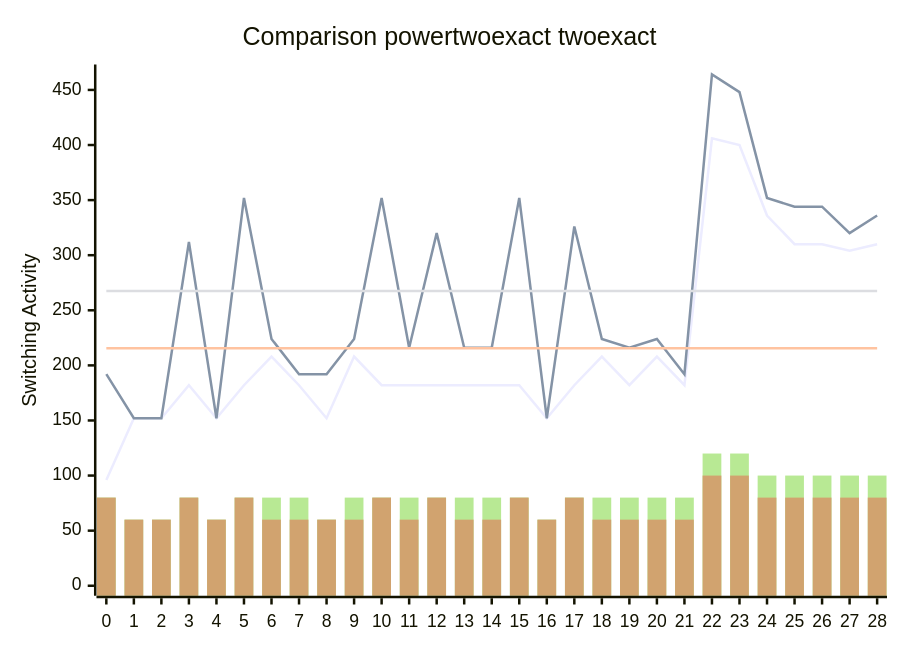
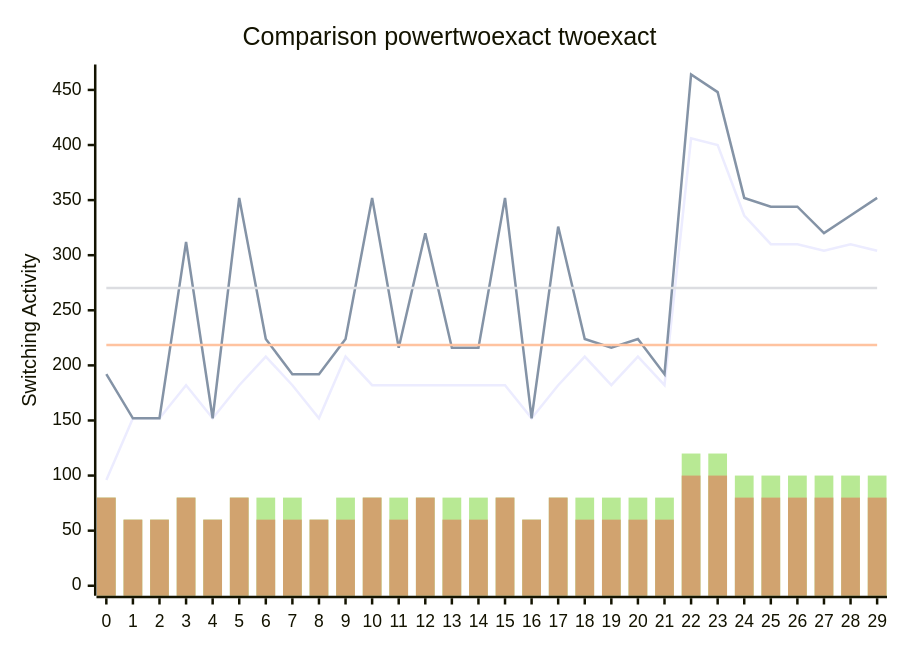
The diagram in benchmark.md (FeldmeierMichael/Exact-Power-Synthesis), drawn with Mermaid before and after one commit. The commit also changed other lines of this file and 2 other files, not shown here.

````diff
--- a/benchmark.md
+++ b/benchmark.md
@@ -59,12 +61,12 @@
 ```mermaid
 xychart-beta
     title "Comparison powertwoexact twoexact"
-    x-axis [0, 1, 2, 3, 4, 5, 6, 7, 8, 9, 10, 11, 12, 13, 14, 15, 16, 17, 18, 19, 20, 21, 22, 23, 24, 25, 26, 27, 28]
+    x-axis [0, 1, 2, 3, 4, 5, 6, 7, 8, 9, 10, 11, 12, 13, 14, 15, 16, 17, 18, 19, 20, 21, 22, 23, 24, 25, 26, 27, 28, 29]
     y-axis "Switching Activity" 0-->464
-    line [96, 152, 152, 182, 152, 182, 208, 182, 152, 208, 182, 182, 182, 182, 182, 182, 152, 182, 208, 182, 208, 182, 406, 400, 336, 310, 310, 304, 310]
-    line [192, 152, 152, 312, 152, 352, 224, 192, 192, 224, 352, 216, 320, 216, 216, 352, 152, 326, 224, 216, 224, 192, 464, 448, 352, 344, 344, 320, 336]
-    line [215.44827586206895, 215.44827586206895, 215.44827586206895, 215.44827586206895, 215.44827586206895, 215.44827586206895, 215.44827586206895, 215.44827586206895, 215.44827586206895, 215.44827586206895, 215.44827586206895, 215.44827586206895, 215.44827586206895, 215.44827586206895, 215.44827586206895, 215.44827586206895, 215.44827586206895, 215.44827586206895, 215.44827586206895, 215.44827586206895, 215.44827586206895, 215.44827586206895, 215.44827586206895, 215.44827586206895, 215.44827586206895, 215.44827586206895, 215.44827586206895, 215.44827586206895, 215.44827586206895]
-    line [267.51724137931035, 267.51724137931035, 267.51724137931035, 267.51724137931035, 267.51724137931035, 267.51724137931035, 267.51724137931035, 267.51724137931035, 267.51724137931035, 267.51724137931035, 267.51724137931035, 267.51724137931035, 267.51724137931035, 267.51724137931035, 267.51724137931035, 267.51724137931035, 267.51724137931035, 267.51724137931035, 267.51724137931035, 267.51724137931035, 267.51724137931035, 267.51724137931035, 267.51724137931035, 267.51724137931035, 267.51724137931035, 267.51724137931035, 267.51724137931035, 267.51724137931035, 267.51724137931035]
-    bar [80, 60, 60, 80, 60, 80, 80, 80, 60, 80, 80, 80, 80, 80, 80, 80, 60, 80, 80, 80, 80, 80, 120, 120, 100, 100, 100, 100, 100]
-    bar [80, 60, 60, 80, 60, 80, 60, 60, 60, 60, 80, 60, 80, 60, 60, 80, 60, 80, 60, 60, 60, 60, 100, 100, 80, 80, 80, 80, 80]
+    line [96, 152, 152, 182, 152, 182, 208, 182, 152, 208, 182, 182, 182, 182, 182, 182, 152, 182, 208, 182, 208, 182, 406, 400, 336, 310, 310, 304, 310, 304]
+    line [192, 152, 152, 312, 152, 352, 224, 192, 192, 224, 352, 216, 320, 216, 216, 352, 152, 326, 224, 216, 224, 192, 464, 448, 352, 344, 344, 320, 336, 352]
+    line [218.4, 218.4, 218.4, 218.4, 218.4, 218.4, 218.4, 218.4, 218.4, 218.4, 218.4, 218.4, 218.4, 218.4, 218.4, 218.4, 218.4, 218.4, 218.4, 218.4, 218.4, 218.4, 218.4, 218.4, 218.4, 218.4, 218.4, 218.4, 218.4, 218.4]
+    line [270.3333333333333, 270.3333333333333, 270.3333333333333, 270.3333333333333, 270.3333333333333, 270.3333333333333, 270.3333333333333, 270.3333333333333, 270.3333333333333, 270.3333333333333, 270.3333333333333, 270.3333333333333, 270.3333333333333, 270.3333333333333, 270.3333333333333, 270.3333333333333, 270.3333333333333, 270.3333333333333, 270.3333333333333, 270.3333333333333, 270.3333333333333, 270.3333333333333, 270.3333333333333, 270.3333333333333, 270.3333333333333, 270.3333333333333, 270.3333333333333, 270.3333333333333, 270.3333333333333, 270.3333333333333]
+    bar [80, 60, 60, 80, 60, 80, 80, 80, 60, 80, 80, 80, 80, 80, 80, 80, 60, 80, 80, 80, 80, 80, 120, 120, 100, 100, 100, 100, 100, 100]
+    bar [80, 60, 60, 80, 60, 80, 60, 60, 60, 60, 80, 60, 80, 60, 60, 80, 60, 80, 60, 60, 60, 60, 100, 100, 80, 80, 80, 80, 80, 80]
 ```
````
